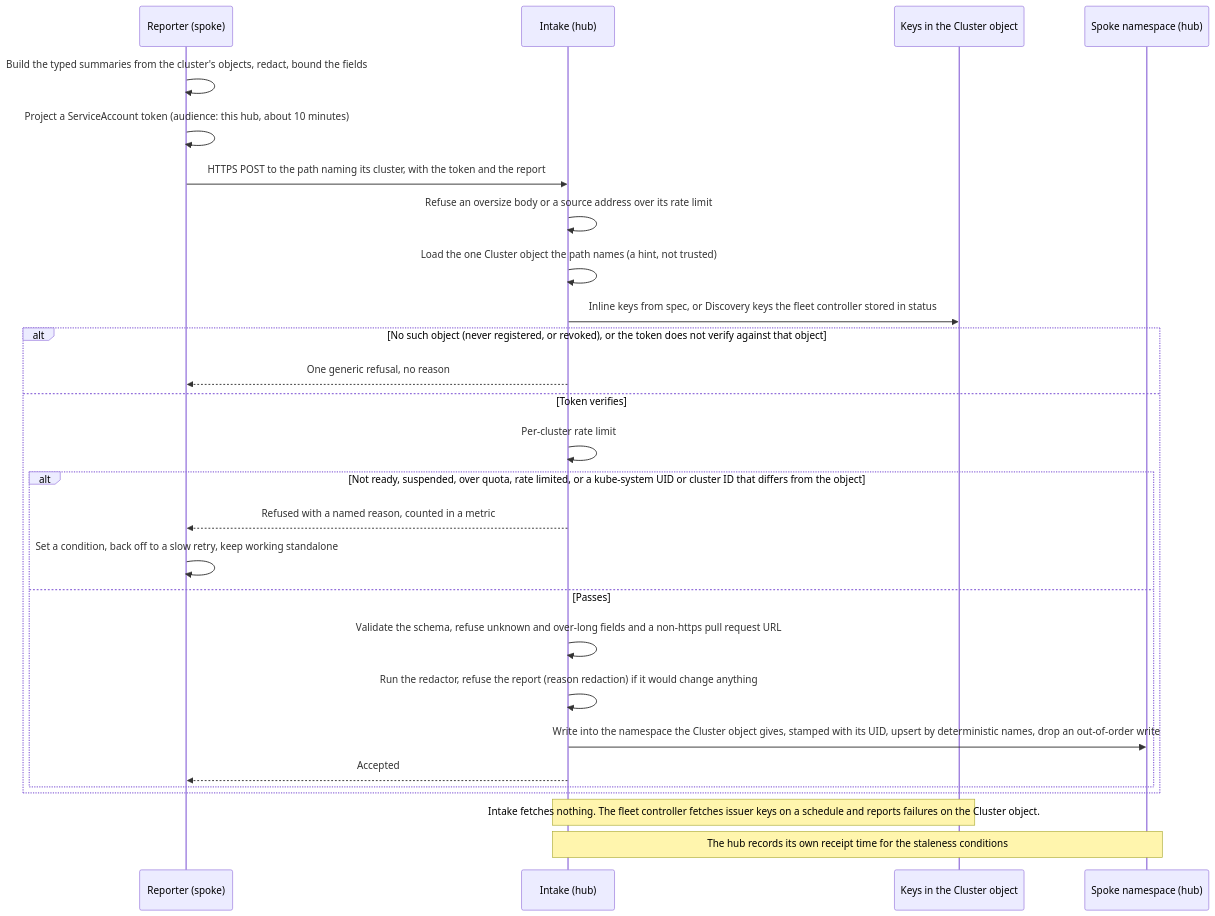
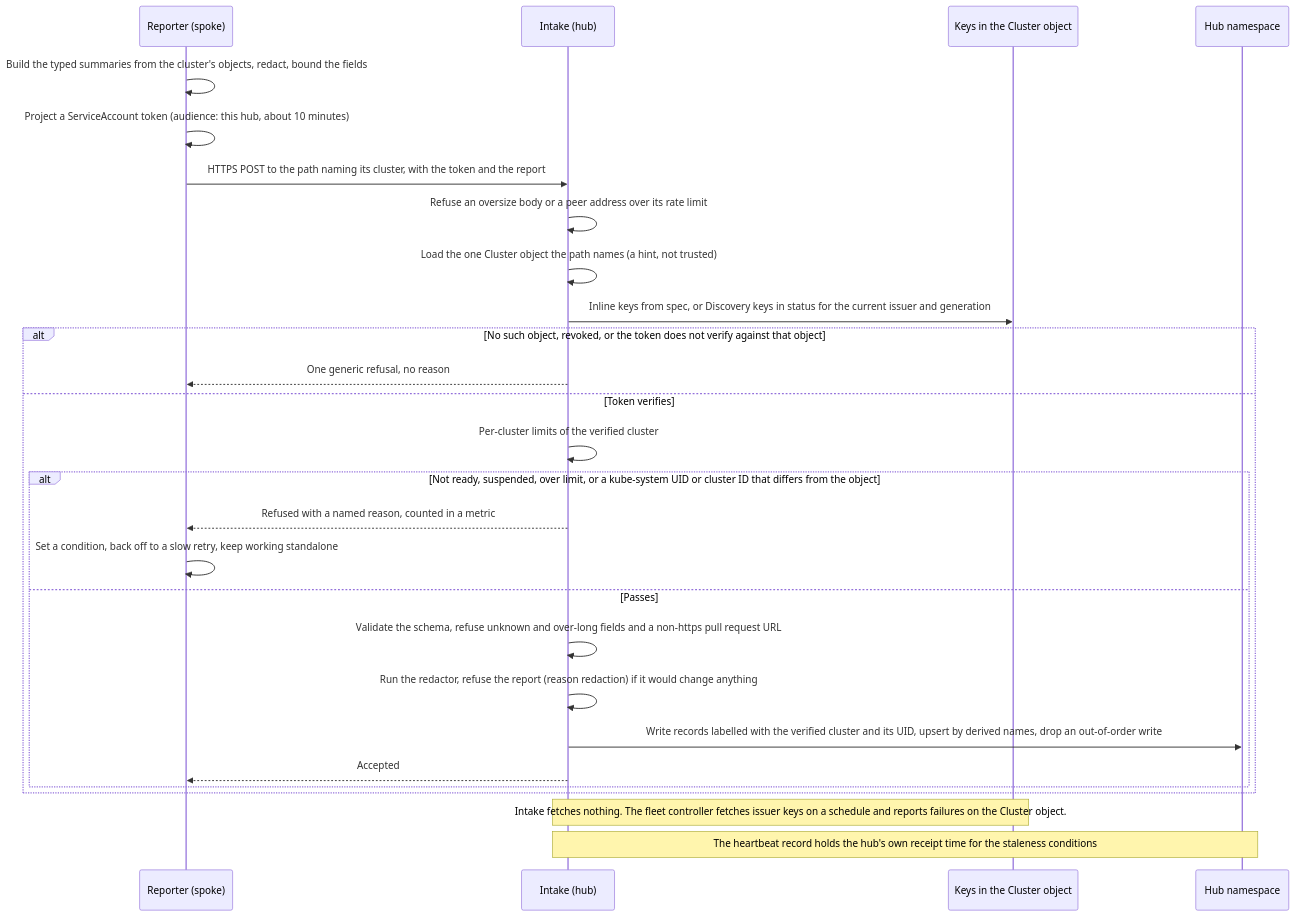
The second of 2 diagrams in docs/adr/0038-control-plane-mode-a-hub-that-many-clusters-report-to.md (pkalin/shadewright), drawn with Mermaid before and after one commit. The commit also changed other lines of this file and 2 other files, not shown here.

First line of the commit message:
docs(adr): narrow ADR-0038 to one hub namespace, a revoked flag and an isolated status page

````diff
--- a/docs/adr/0038-control-plane-mode-a-hub-that-many-clusters-report-to.md
+++ b/docs/adr/0038-control-plane-mode-a-hub-that-many-clusters-report-to.md
@@ -283,29 +289,29 @@
 ```mermaid
 sequenceDiagram
     participant R as Reporter (spoke)
     participant I as Intake (hub)
     participant K as Keys in the Cluster object
-    participant N as Spoke namespace (hub)
+    participant N as Hub namespace
     R->>R: Build the typed summaries from the cluster's objects, redact, bound the fields
     R->>R: Project a ServiceAccount token (audience: this hub, about 10 minutes)
     R->>I: HTTPS POST to the path naming its cluster, with the token and the report
-    I->>I: Refuse an oversize body or a source address over its rate limit
+    I->>I: Refuse an oversize body or a peer address over its rate limit
     I->>I: Load the one Cluster object the path names (a hint, not trusted)
-    I->>K: Inline keys from spec, or Discovery keys the fleet controller stored in status
-    alt No such object (never registered, or revoked), or the token does not verify against that object
+    I->>K: Inline keys from spec, or Discovery keys in status for the current issuer and generation
+    alt No such object, revoked, or the token does not verify against that object
         I-->>R: One generic refusal, no reason
     else Token verifies
-        I->>I: Per-cluster rate limit
-        alt Not ready, suspended, over quota, rate limited, or a kube-system UID or cluster ID that differs from the object
+        I->>I: Per-cluster limits of the verified cluster
+        alt Not ready, suspended, over limit, or a kube-system UID or cluster ID that differs from the object
             I-->>R: Refused with a named reason, counted in a metric
             R->>R: Set a condition, back off to a slow retry, keep working standalone
         else Passes
             I->>I: Validate the schema, refuse unknown and over-long fields and a non-https pull request URL
             I->>I: Run the redactor, refuse the report (reason redaction) if it would change anything
-            I->>N: Write into the namespace the Cluster object gives, stamped with its UID, upsert by deterministic names, drop an out-of-order write
+            I->>N: Write records labelled with the verified cluster and its UID, upsert by derived names, drop an out-of-order write
             I-->>R: Accepted
         end
     end
     Note over I,K: Intake fetches nothing. The fleet controller fetches issuer keys on a schedule and reports failures on the Cluster object.
-    Note over I,N: The hub records its own receipt time for the staleness conditions
+    Note over I,N: The heartbeat record holds the hub's own receipt time for the staleness conditions
 ```
````
